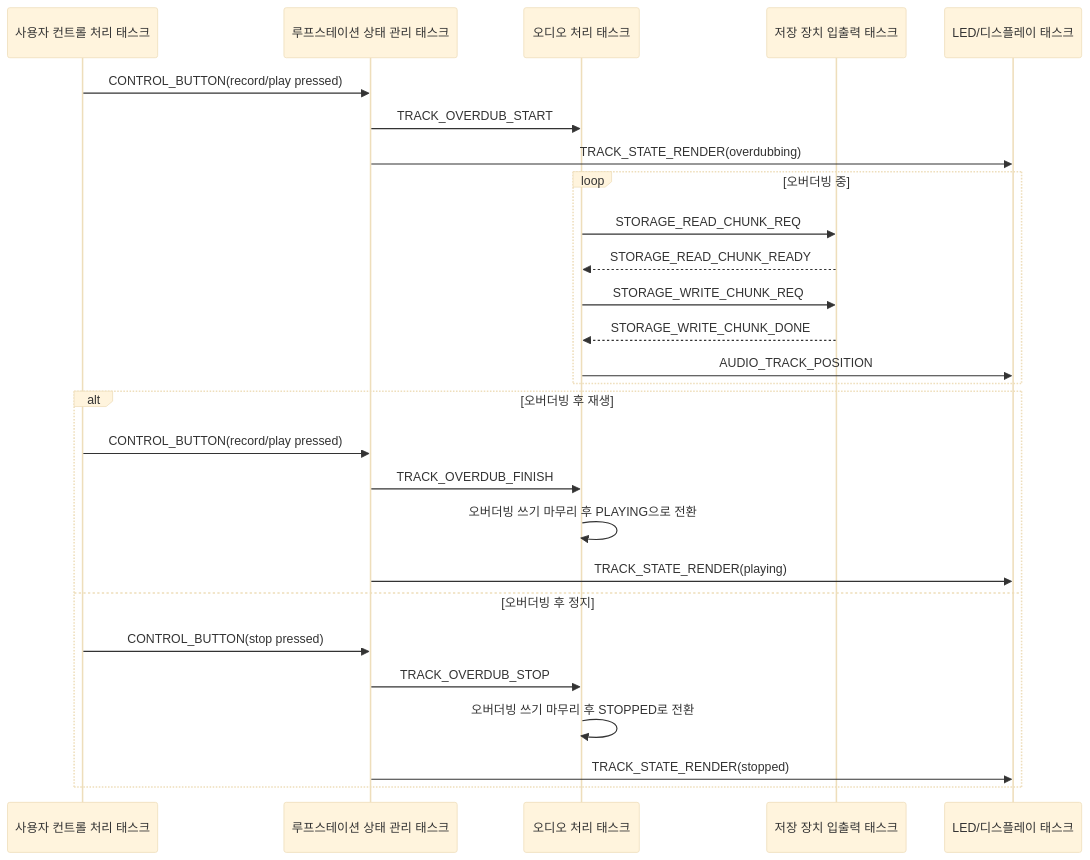
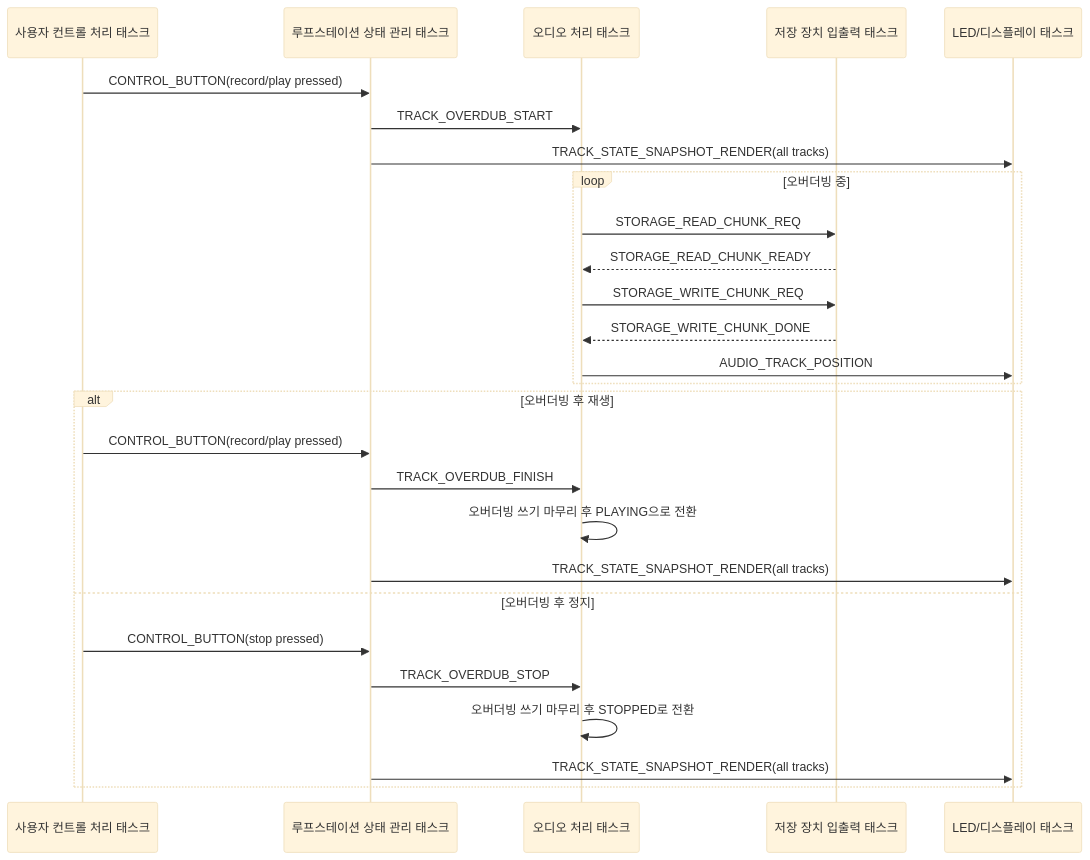
Before and after one commit to 10cheon00/rtos-loopstation: the second of 2 diagrams in docs/audio/recording_flow.md, drawn with Mermaid (base theme). The commit also changed other lines of this file, not shown here.

````diff
--- a/docs/audio/recording_flow.md
+++ b/docs/audio/recording_flow.md
@@ -172,32 +178,32 @@
 ```mermaid
 sequenceDiagram
     participant Control as 사용자 컨트롤 처리 태스크
     participant State as 루프스테이션 상태 관리 태스크
     participant Audio as 오디오 처리 태스크
     participant Storage as 저장 장치 입출력 태스크
     participant Display as LED/디스플레이 태스크
 
     Control->>State: CONTROL_BUTTON(record/play pressed)
     State->>Audio: TRACK_OVERDUB_START
-    State->>Display: TRACK_STATE_RENDER(overdubbing)
+    State->>Display: TRACK_STATE_SNAPSHOT_RENDER(all tracks)
 
     loop 오버더빙 중
         Audio->>Storage: STORAGE_READ_CHUNK_REQ
         Storage-->>Audio: STORAGE_READ_CHUNK_READY
         Audio->>Storage: STORAGE_WRITE_CHUNK_REQ
         Storage-->>Audio: STORAGE_WRITE_CHUNK_DONE
         Audio->>Display: AUDIO_TRACK_POSITION
     end
 
     alt 오버더빙 후 재생
         Control->>State: CONTROL_BUTTON(record/play pressed)
         State->>Audio: TRACK_OVERDUB_FINISH
         Audio->>Audio: 오버더빙 쓰기 마무리 후 PLAYING으로 전환
-        State->>Display: TRACK_STATE_RENDER(playing)
+        State->>Display: TRACK_STATE_SNAPSHOT_RENDER(all tracks)
     else 오버더빙 후 정지
         Control->>State: CONTROL_BUTTON(stop pressed)
         State->>Audio: TRACK_OVERDUB_STOP
         Audio->>Audio: 오버더빙 쓰기 마무리 후 STOPPED로 전환
-        State->>Display: TRACK_STATE_RENDER(stopped)
+        State->>Display: TRACK_STATE_SNAPSHOT_RENDER(all tracks)
     end
 ```
````
